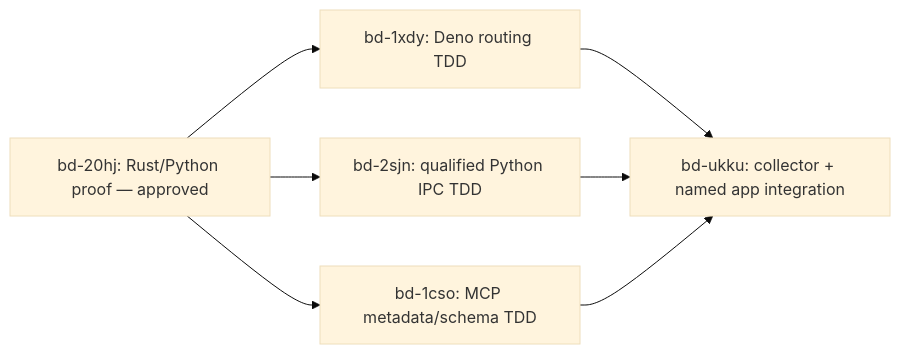
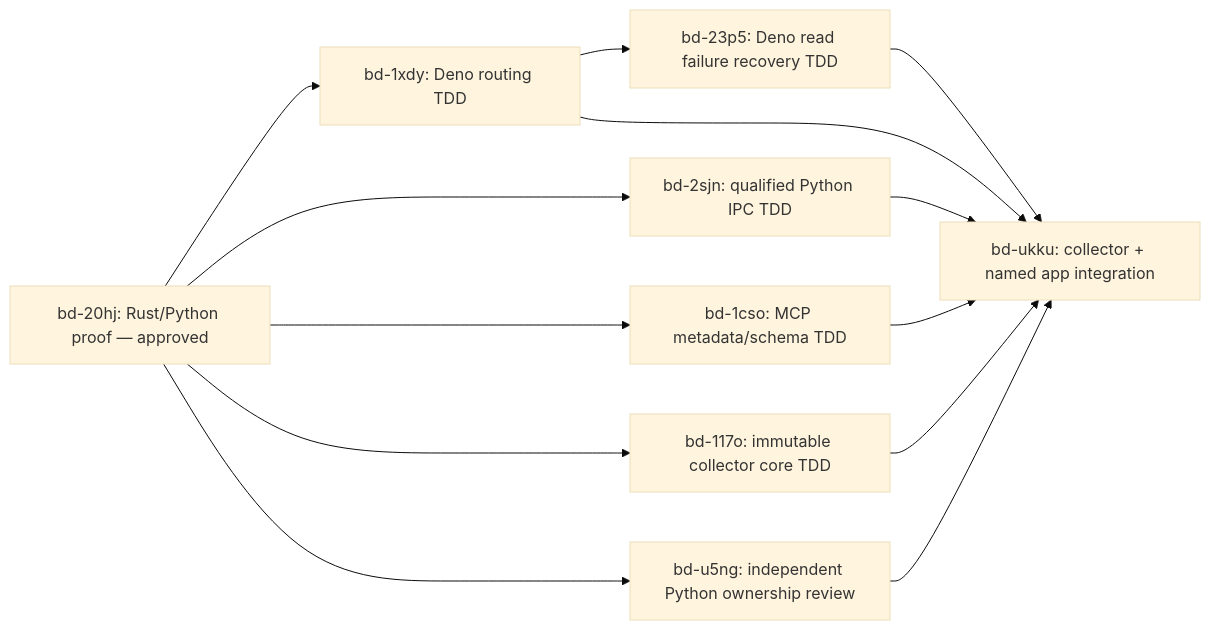
The diagram in docs/superpowers/plans/2026-11-18-qualified-named-review-runtime.md (getspur/SpurCode), drawn with Mermaid (base theme) before and after one commit. The commit also changed other lines of this file, not shown here.

Commit message:
docs(spur-review): bd-3oku record reviewed repairs and remaining integration gates

````diff
--- a/docs/superpowers/plans/2026-11-18-qualified-named-review-runtime.md
+++ b/docs/superpowers/plans/2026-11-18-qualified-named-review-runtime.md
@@ -18,9 +18,15 @@
 ```mermaid
 flowchart LR
   P0["bd-20hj: Rust/Python proof — approved"] --> D1["bd-1xdy: Deno routing TDD"]
   P0 --> P1["bd-2sjn: qualified Python IPC TDD"]
   P0 --> M1["bd-1cso: MCP metadata/schema TDD"]
+  P0 --> C0["bd-117o: immutable collector core TDD"]
+  P0 --> PR1["bd-u5ng: independent Python ownership review"]
+  D1 --> D2["bd-23p5: Deno read failure recovery TDD"]
   D1 --> C1["bd-ukku: collector + named app integration"]
   P1 --> C1
   M1 --> C1
+  C0 --> C1
+  D2 --> C1
+  PR1 --> C1
 ```
````
